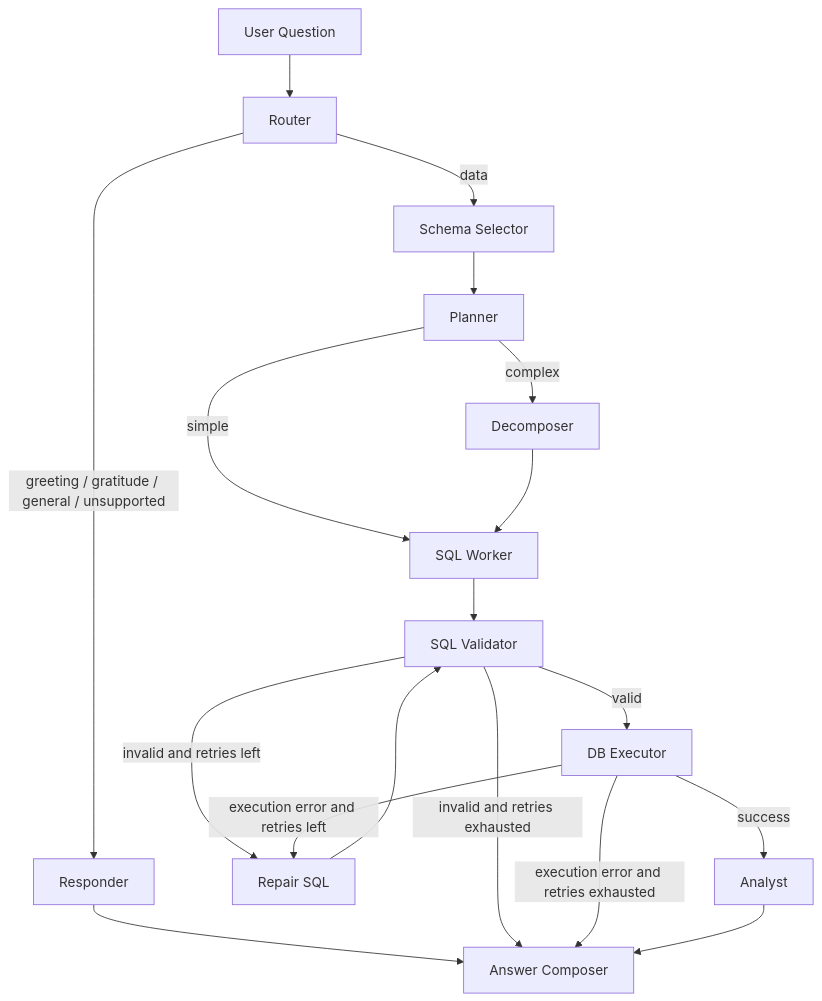
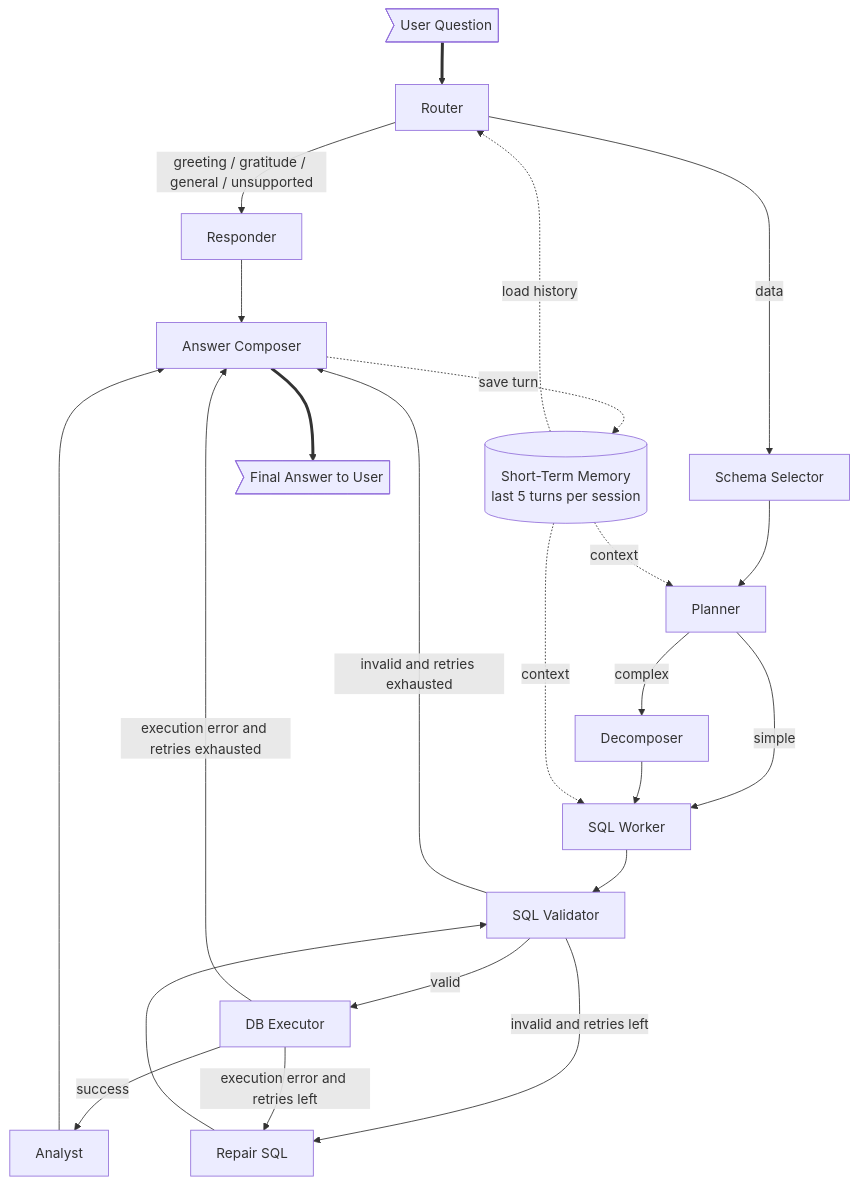
One commit to Anjana-Mahadev/olist-bi changed the diagram in README.md. Above: the diagram before and after it, drawn with Mermaid. The commit also changed other lines of this file and 8 other files, not shown here.

````diff
--- a/README.md
+++ b/README.md
@@ -10,20 +46,26 @@
 ```mermaid
 flowchart TD
-     A[User Question] --> B[Router]
+     UserInput>User Question] ==> B
+     Memory[(Short-Term Memory<br/>last 5 turns per session)] -. "load history" .-> B
+     B[Router]
      B -->|greeting / gratitude / general / unsupported| C[Responder]
      C --> D[Answer Composer]
      B -->|data| E[Schema Selector]
      E --> F[Planner]
+     Memory -. "context" .-> F
      F -->|simple| G[SQL Worker]
      F -->|complex| H[Decomposer]
      H --> G
+     Memory -. "context" .-> G
      G --> I[SQL Validator]
      I -->|valid| J[DB Executor]
      I -->|invalid and retries left| K[Repair SQL]
      K --> I
      I -->|invalid and retries exhausted| D
      J -->|success| L[Analyst]
      J -->|execution error and retries left| K
      J -->|execution error and retries exhausted| D
      L --> D
+     D -. "save turn" .-> Memory
+     D ==> FinalAnswer>Final Answer to User]
 ```
````
